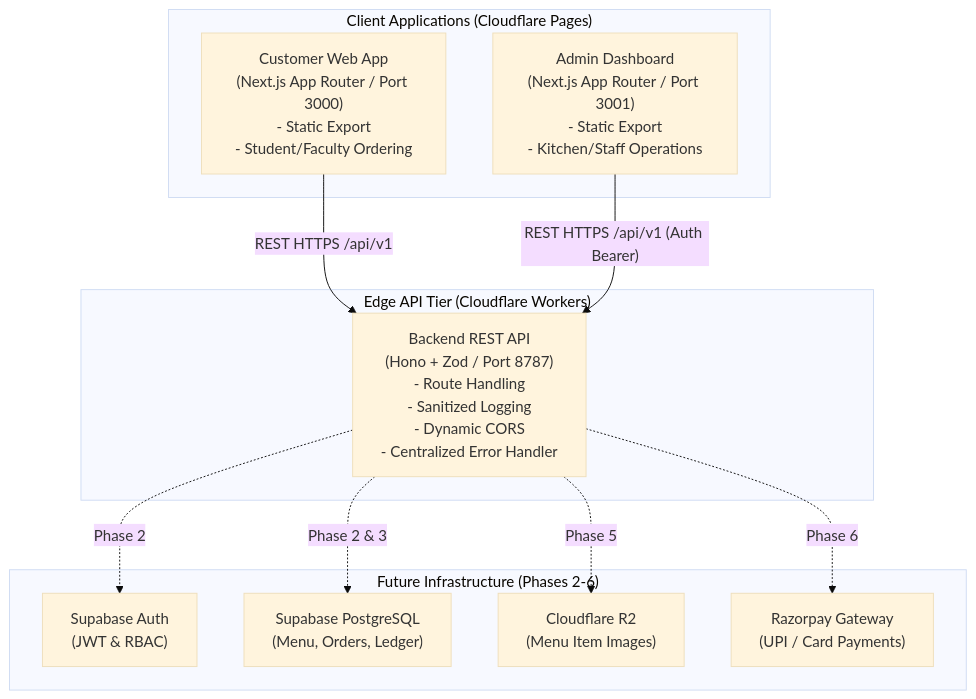
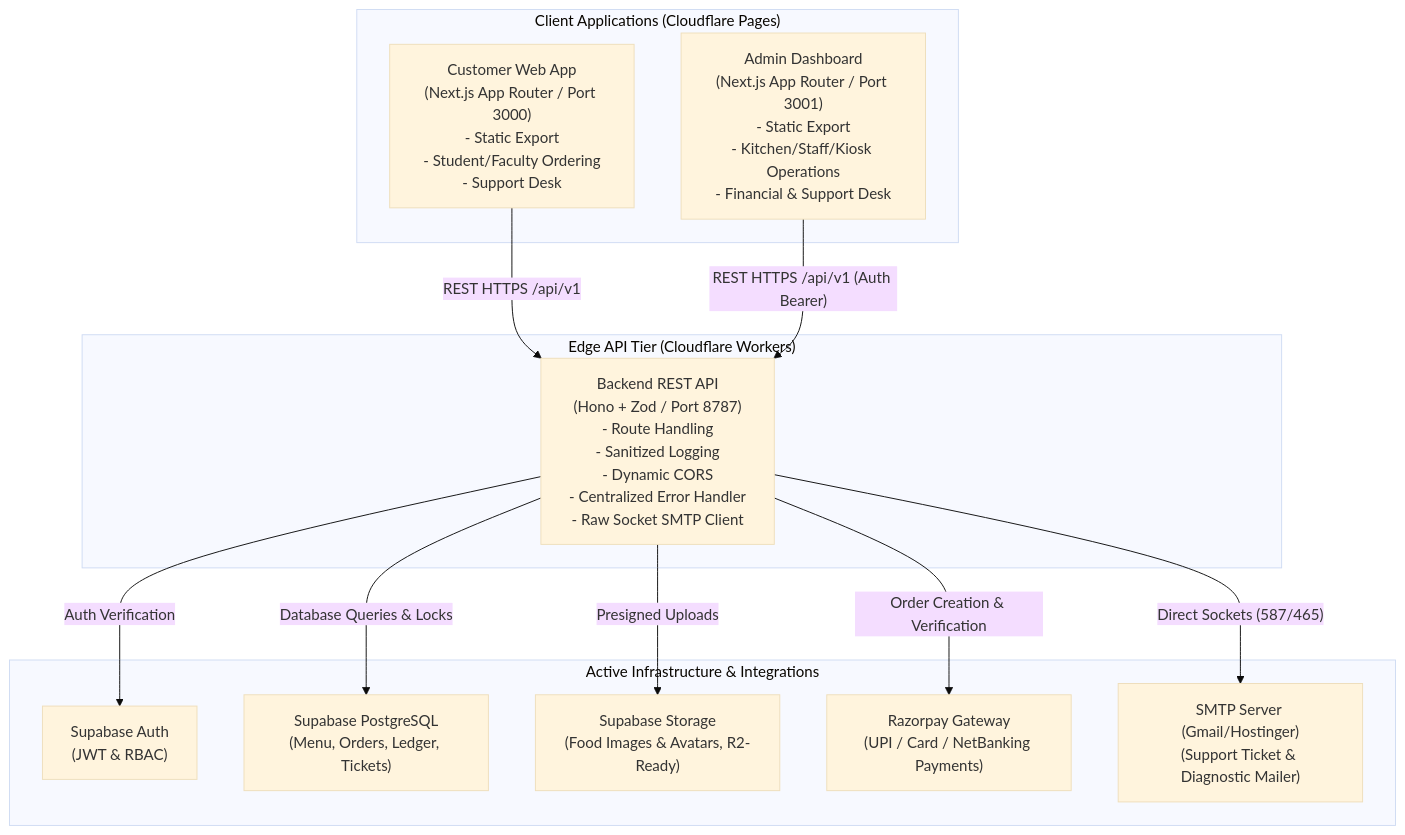
One commit to LordSA/college-cafteria-cev changed the diagram in docs/architecture.md. Above: the diagram before and after it, drawn with Mermaid (base theme). The commit also changed other lines of this file and 11 other files, not shown here.

````diff
--- a/docs/architecture.md
+++ b/docs/architecture.md
@@ -31,26 +31,28 @@
 ```mermaid
 graph TD
     subgraph Client Tier ["Client Applications (Cloudflare Pages)"]
-        CustomerApp["Customer Web App\n(Next.js App Router / Port 3000)\n- Static Export\n- Student/Faculty Ordering"]
-        AdminApp["Admin Dashboard\n(Next.js App Router / Port 3001)\n- Static Export\n- Kitchen/Staff Operations"]
+        CustomerApp["Customer Web App\n(Next.js App Router / Port 3000)\n- Static Export\n- Student/Faculty Ordering\n- Support Desk"]
+        AdminApp["Admin Dashboard\n(Next.js App Router / Port 3001)\n- Static Export\n- Kitchen/Staff/Kiosk Operations\n- Financial & Support Desk"]
     end
 
     subgraph Edge API Tier ["Edge API Tier (Cloudflare Workers)"]
-        BackendWorker["Backend REST API\n(Hono + Zod / Port 8787)\n- Route Handling\n- Sanitized Logging\n- Dynamic CORS\n- Centralized Error Handler"]
+        BackendWorker["Backend REST API\n(Hono + Zod / Port 8787)\n- Route Handling\n- Sanitized Logging\n- Dynamic CORS\n- Centralized Error Handler\n- Raw Socket SMTP Client"]
     end
 
-    subgraph Future Services ["Future Infrastructure (Phases 2-6)"]
+    subgraph Active Services ["Active Infrastructure & Integrations"]
         SupabaseAuth["Supabase Auth\n(JWT & RBAC)"]
-        SupabaseDB["Supabase PostgreSQL\n(Menu, Orders, Ledger)"]
-        CloudflareR2["Cloudflare R2\n(Menu Item Images)"]
-        Razorpay["Razorpay Gateway\n(UPI / Card Payments)"]
+        SupabaseDB["Supabase PostgreSQL\n(Menu, Orders, Ledger, Tickets)"]
+        SupabaseStorage["Supabase Storage\n(Food Images & Avatars, R2-Ready)"]
+        Razorpay["Razorpay Gateway\n(UPI / Card / NetBanking Payments)"]
+        SMTPServer["SMTP Server (Gmail/Hostinger)\n(Support Ticket & Diagnostic Mailer)"]
     end
 
     CustomerApp -->|"REST HTTPS /api/v1"| BackendWorker
     AdminApp -->|"REST HTTPS /api/v1 (Auth Bearer)"| BackendWorker
 
-    BackendWorker -.->|"Phase 2"| SupabaseAuth
-    BackendWorker -.->|"Phase 2 & 3"| SupabaseDB
-    BackendWorker -.->|"Phase 5"| CloudflareR2
-    BackendWorker -.->|"Phase 6"| Razorpay
+    BackendWorker -->|"Auth Verification"| SupabaseAuth
+    BackendWorker -->|"Database Queries & Locks"| SupabaseDB
+    BackendWorker -->|"Presigned Uploads"| SupabaseStorage
+    BackendWorker -->|"Order Creation & Verification"| Razorpay
+    BackendWorker -->|"Direct Sockets (587/465)"| SMTPServer
 ```
````
